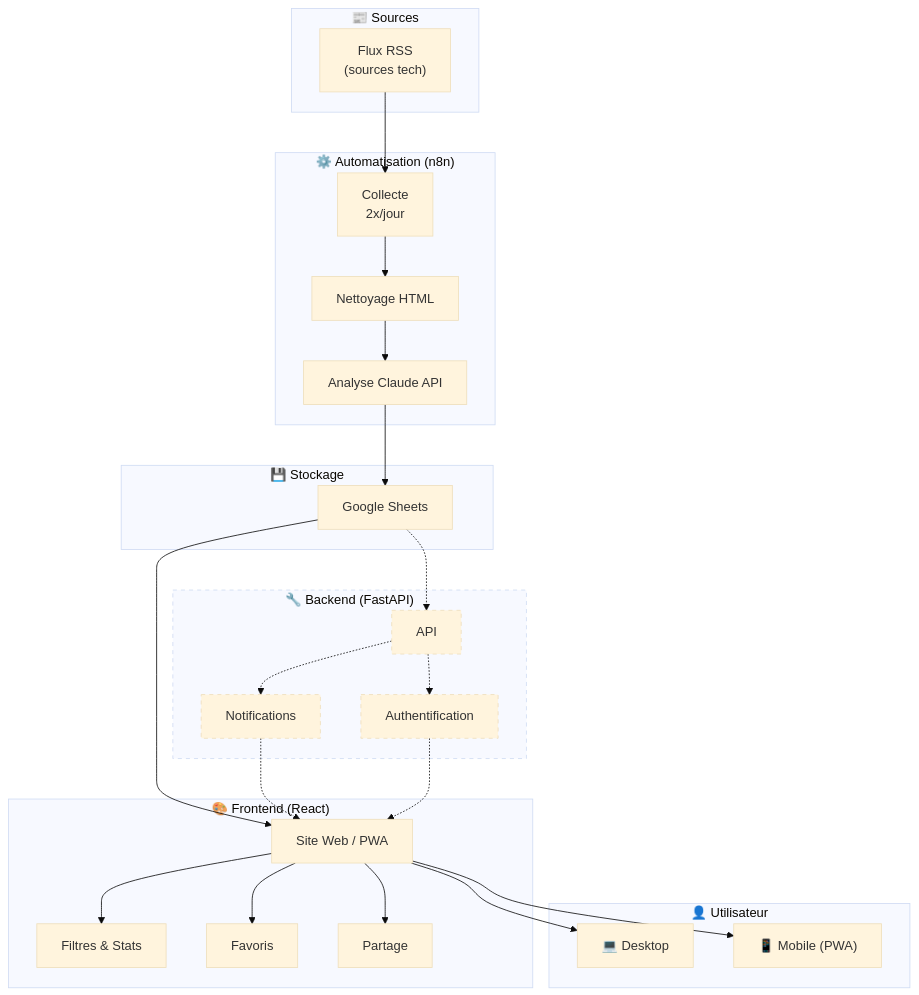
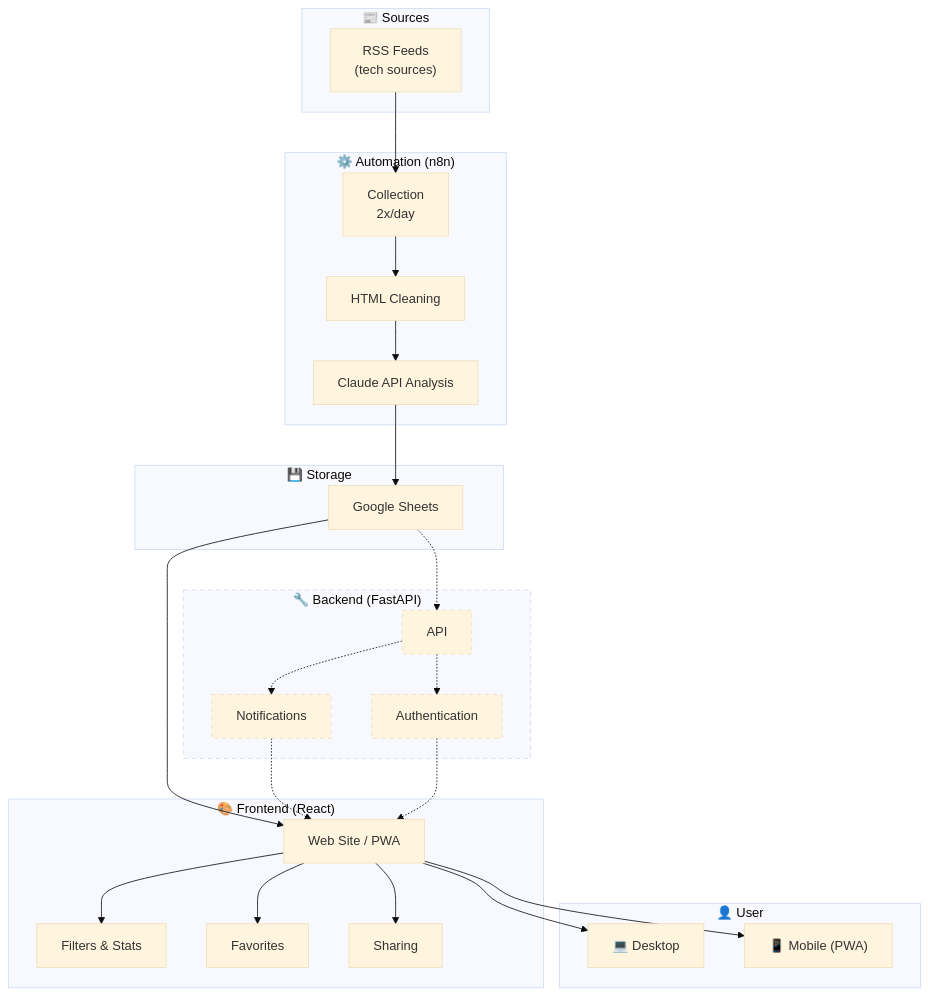
The diagram in README.md (ThunderHawk31/tech-watch-dashboard), drawn with Mermaid (base theme) before and after one commit. The commit also changed other lines of this file, not shown here.

````diff
--- a/README.md
+++ b/README.md
@@ -29,55 +74,55 @@
 ```mermaid
 flowchart TB
     subgraph Sources["📰 Sources"]
-        RSS["Flux RSS\n(sources tech)"]
+        RSS["RSS Feeds\n(tech sources)"]
     end
 
-    subgraph Automatisation["⚙️ Automatisation (n8n)"]
-        Collect["Collecte\n2x/jour"]
-        Clean["Nettoyage HTML"]
-        Analyze["Analyse Claude API"]
+    subgraph Automation["⚙️ Automation (n8n)"]
+        Collect["Collection\n2x/day"]
+        Clean["HTML Cleaning"]
+        Analyze["Claude API Analysis"]
     end
 
-    subgraph Stockage["💾 Stockage"]
+    subgraph Storage["💾 Storage"]
         Sheets["Google Sheets"]
     end
 
     subgraph Backend["🔧 Backend (FastAPI)"]
         API["API"]
         Notif["Notifications"]
-        Auth["Authentification"]
+        Auth["Authentication"]
     end
 
     subgraph Frontend["🎨 Frontend (React)"]
-        Site["Site Web / PWA"]
-        Filtres["Filtres & Stats"]
-        Favoris["Favoris"]
-        Partage["Partage"]
+        Site["Web Site / PWA"]
+        Filters["Filters & Stats"]
+        Favorites["Favorites"]
+        Share["Sharing"]
     end
 
-    subgraph User["👤 Utilisateur"]
+    subgraph User["👤 User"]
         Desktop["💻 Desktop"]
         Mobile["📱 Mobile (PWA)"]
     end
 
     RSS --> Collect
     Collect --> Clean
     Clean --> Analyze
     Analyze --> Sheets
     Sheets --> Site
-    Site --> Filtres
-    Site --> Favoris
-    Site --> Partage
+    Site --> Filters
+    Site --> Favorites
+    Site --> Share
     Sheets -.-> API
     API -.-> Notif
     API -.-> Auth
     Notif -.-> Site
     Auth -.-> Site
     Site --> Desktop
     Site --> Mobile
 
     style Backend stroke-dasharray: 5 5
     style API stroke-dasharray: 5 5
     style Notif stroke-dasharray: 5 5
     style Auth stroke-dasharray: 5 5
 ```
````
